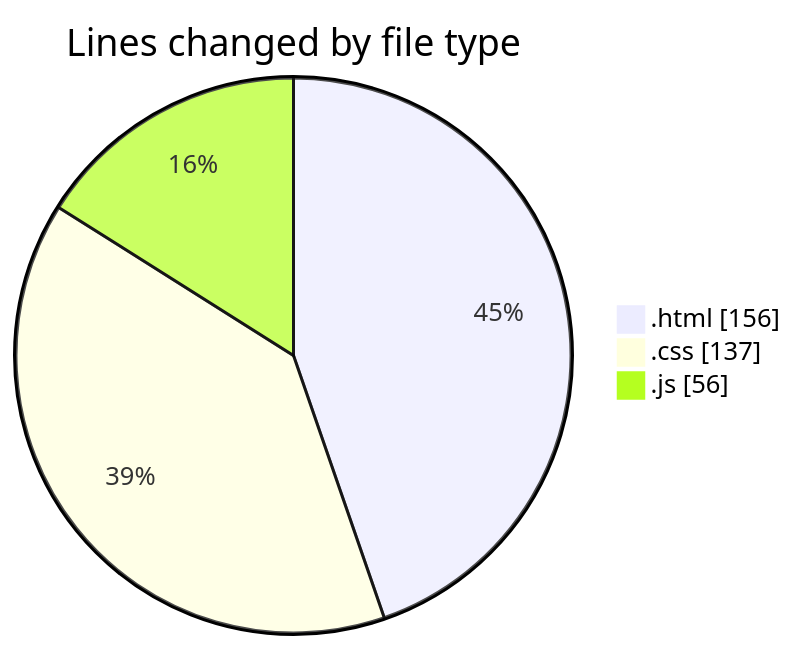
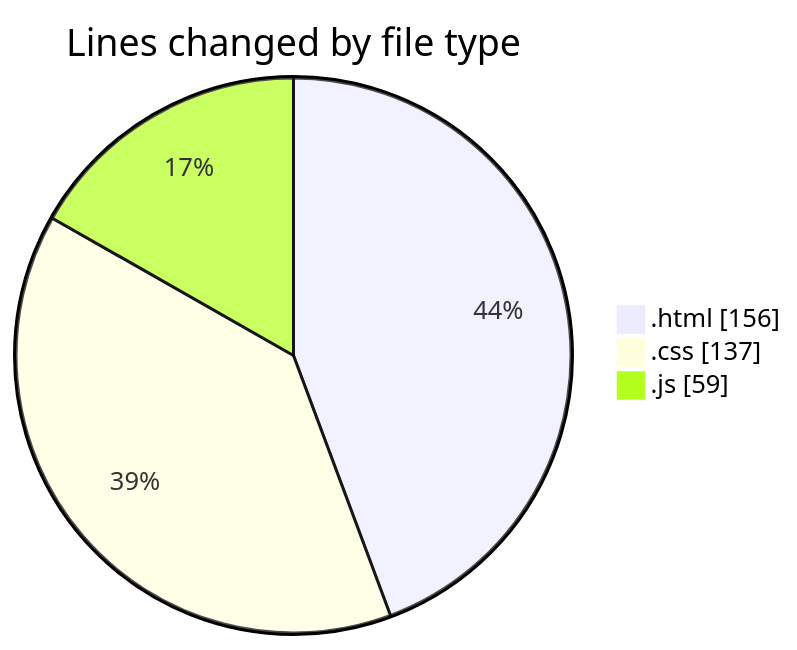
The first of 2 diagrams in 2025-09-01/project_2/README.md (IJAZ3593/code-tracking), drawn with Mermaid before and after one commit. The commit also changed other lines of this file and 1 other file, not shown here.

````diff
--- a/2025-09-01/project_2/README.md
+++ b/2025-09-01/project_2/README.md
@@ -27,7 +27,7 @@
 ```mermaid
 pie showData
 title Lines changed by file type
 ".html" : 156
 ".css" : 137
-".js" : 56
+".js" : 59
 ```
````
